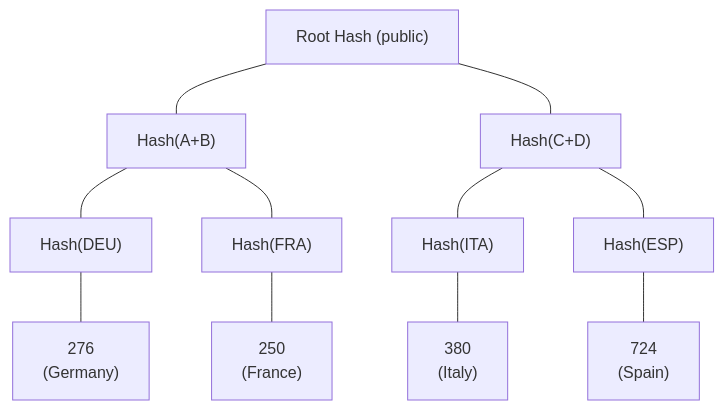
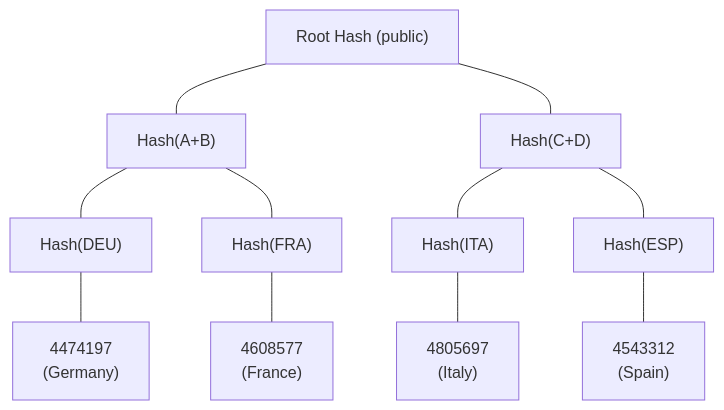
Before and after one commit to gustavovalverde/zentity: the diagram in docs/zk-nationality-proofs.md, drawn with Mermaid. The commit also changed other lines of this file and 2 other files, not shown here.

Commit message:
docs: correct ZK nationality encoding and identity_binding circuit docs
Fix factual errors in ZK documentation: nationality encoding uses
weighted-sum (char1×65536 + char2×256 + char3), not ISO numeric codes.
ISO numeric is only used by FHE. Document identity_binding circuit's
dual-commitment design and correct is_bound as return value.

````diff
--- a/docs/zk-nationality-proofs.md
+++ b/docs/zk-nationality-proofs.md
@@ -44,25 +44,25 @@
 ```mermaid
 flowchart TD
   Root["Root Hash (public)"]
   AB["Hash(A+B)"]
   CD["Hash(C+D)"]
   DEU["Hash(DEU)"]
   FRA["Hash(FRA)"]
   ITA["Hash(ITA)"]
   ESP["Hash(ESP)"]
-  C276["276\n(Germany)"]
-  C250["250\n(France)"]
-  C380["380\n(Italy)"]
-  C724["724\n(Spain)"]
+  C_DEU["4474197\n(Germany)"]
+  C_FRA["4608577\n(France)"]
+  C_ITA["4805697\n(Italy)"]
+  C_ESP["4543312\n(Spain)"]
 
   Root --- AB
   Root --- CD
   AB --- DEU
   AB --- FRA
   CD --- ITA
   CD --- ESP
-  DEU --- C276
-  FRA --- C250
-  ITA --- C380
-  ESP --- C724
+  DEU --- C_DEU
+  FRA --- C_FRA
+  ITA --- C_ITA
+  ESP --- C_ESP
 ```
````
